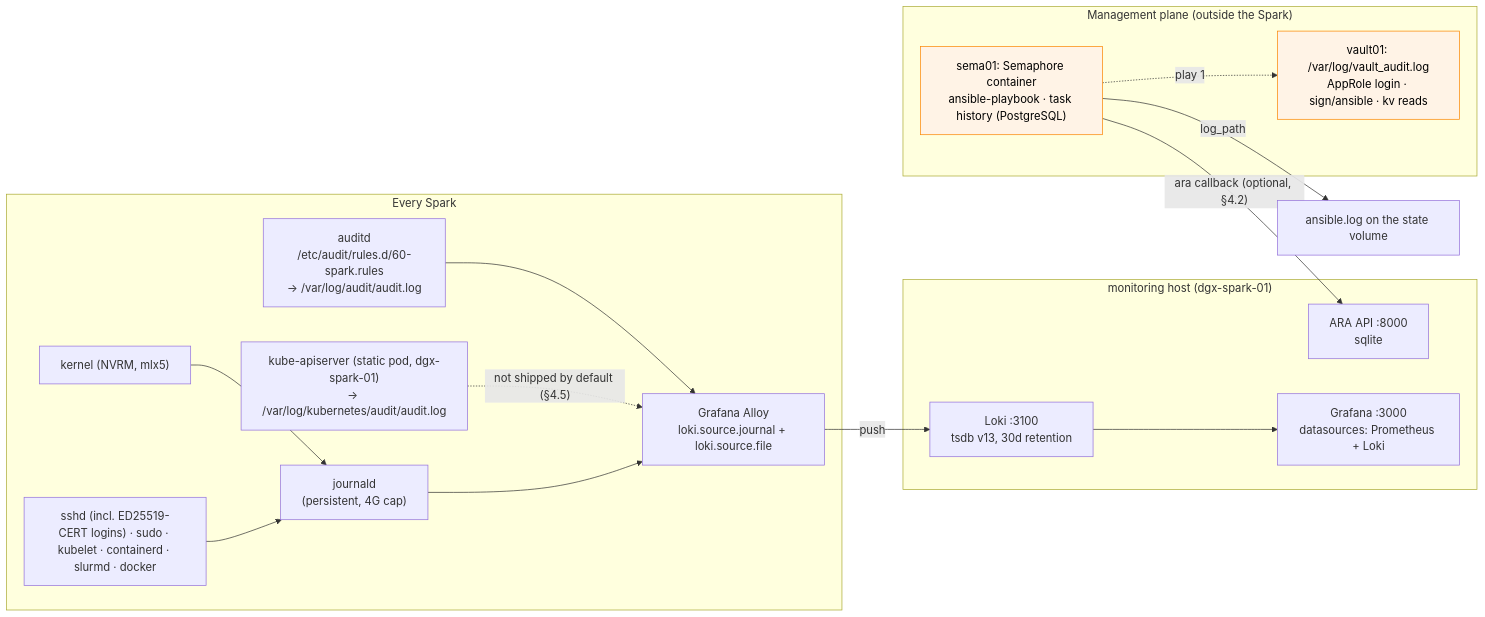
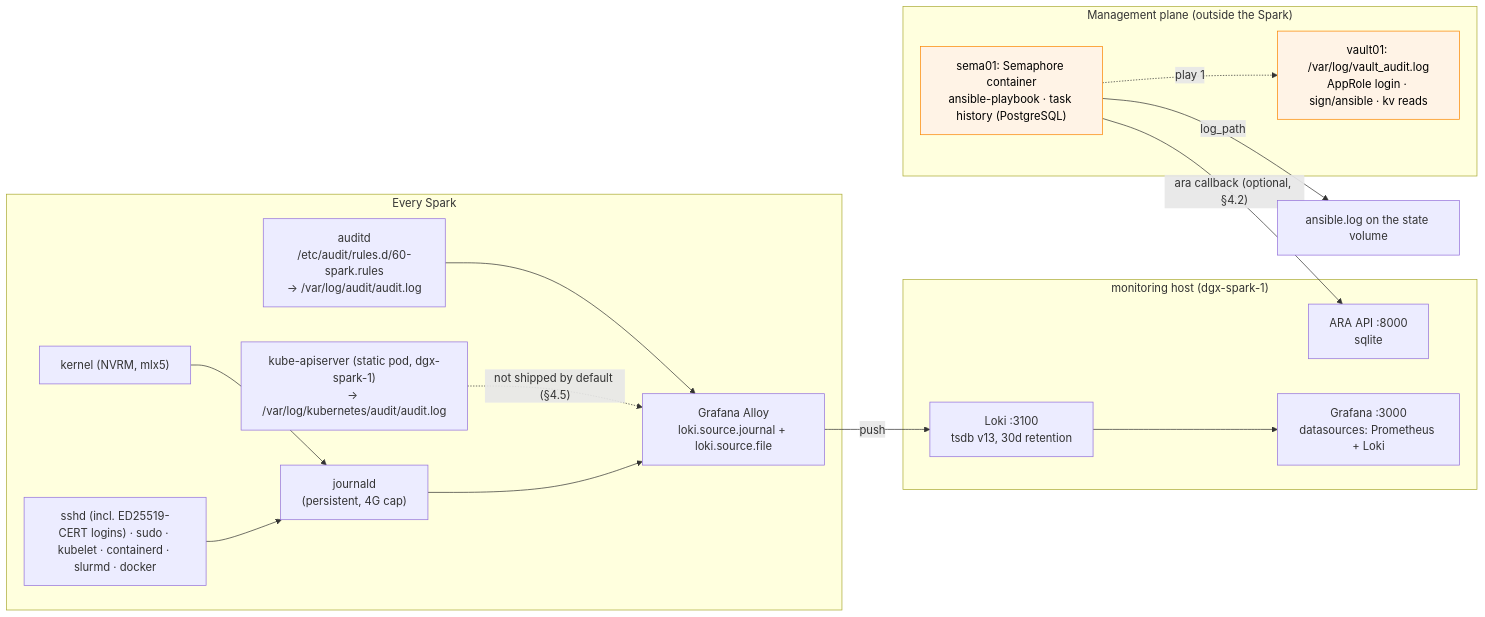
One commit to cloudone365/technical-depth changed the diagram in 01 Ansible/23-high-cardinality-logging-and-audit-compliance.md. Above: the diagram before and after it, drawn with Mermaid. The commit also changed other lines of this file and 91 other files, not shown here.

First line of the commit message:
Rename the Spark hosts to dgx-spark-1 / dgx-spark-2

````diff
--- a/01 Ansible/23-high-cardinality-logging-and-audit-compliance.md
+++ b/01 Ansible/23-high-cardinality-logging-and-audit-compliance.md
@@ -30,26 +30,26 @@
 ```mermaid
 flowchart LR
   subgraph NODES["Every Spark"]
     AU["auditd<br/>/etc/audit/rules.d/60-spark.rules<br/>→ /var/log/audit/audit.log"] --> AL
     K["kernel (NVRM, mlx5)"] --> J
     SVC["sshd (incl. ED25519-CERT logins) · sudo · kubelet · containerd · slurmd · docker"] --> J
-    KA["kube-apiserver (static pod, dgx-spark-01)<br/>→ /var/log/kubernetes/audit/audit.log"] -.->|"not shipped by default (§4.5)"| AL
+    KA["kube-apiserver (static pod, dgx-spark-1)<br/>→ /var/log/kubernetes/audit/audit.log"] -.->|"not shipped by default (§4.5)"| AL
     J["journald<br/>(persistent, 4G cap)"] --> AL["Grafana Alloy<br/>loki.source.journal + loki.source.file"]
   end
-  subgraph MON["monitoring host (dgx-spark-01)"]
+  subgraph MON["monitoring host (dgx-spark-1)"]
     LOKI["Loki :3100<br/>tsdb v13, 30d retention"]
     ARA["ARA API :8000<br/>sqlite"]
     GRAF["Grafana :3000<br/>datasources: Prometheus + Loki"]
   end
   subgraph MP["Management plane (outside the Spark)"]
     CN["sema01: Semaphore container<br/>ansible-playbook · task history (PostgreSQL)"]
     VA["vault01: /var/log/vault_audit.log<br/>AppRole login · sign/ansible · kv reads"]
   end
   AL -->|push| LOKI
   CN -->|"ara callback (optional, §4.2)"| ARA
   CN -->|"log_path"| LOG["ansible.log on the state volume"]
   CN -. "play 1" .-> VA
   LOKI --> GRAF
   classDef mgmt fill:#fff3e6,stroke:#fb8500,color:#000
   class CN,VA mgmt
 ```
````
